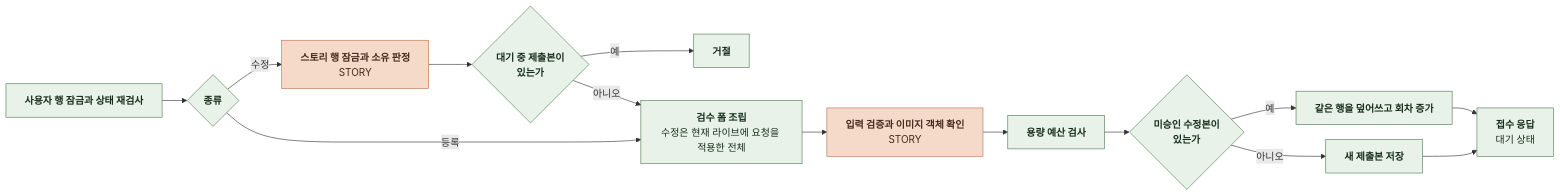
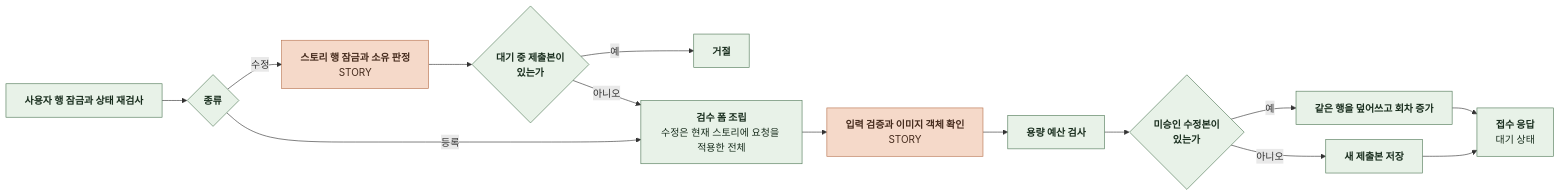
One commit to KIM-N-KANG/knk-harness changed the first of 9 diagrams in docs/domain/MODERATION/BACKEND/4-1-PIPELINES.md. Above: the diagram before and after it, drawn with Mermaid. The commit also changed other lines of this file and 10 other files, not shown here.

````diff
--- a/docs/domain/MODERATION/BACKEND/4-1-PIPELINES.md
+++ b/docs/domain/MODERATION/BACKEND/4-1-PIPELINES.md
@@ -25,27 +25,27 @@
 ```mermaid
 %%{init: {"flowchart": {"curve": "basis", "nodeSpacing": 24, "rankSpacing": 40}}}%%
 flowchart LR
     A["`**사용자 행 잠금과 상태 재검사**`"] --> B{"`**종류**`"}
     B -->|수정| C["`**스토리 행 잠금과 소유 판정**
 STORY`"]
     C --> D{"`**대기 중 제출본이
 있는가**`"}
     D -->|예| X["`**거절**`"]
     D -->|아니오| E["`**검수 폼 조립**
-수정은 현재 라이브에 요청을 적용한 전체`"]
+수정은 현재 스토리에 요청을 적용한 전체`"]
     B -->|등록| E
     E --> F["`**입력 검증과 이미지 객체 확인**
 STORY`"]
     F --> G["`**용량 예산 검사**`"]
     G --> H{"`**미승인 수정본이
 있는가**`"}
     H -->|예| I["`**같은 행을 덮어쓰고 회차 증가**`"]
     H -->|아니오| J["`**새 제출본 저장**`"]
     I --> K["`**접수 응답**
 대기 상태`"]
     J --> K
     classDef comp fill:#E8F2E8,stroke:#527A59,color:#182D1D
     classDef task fill:#F5D9C9,stroke:#B97450,color:#452B1D
     class A,B,D,E,G,H,I,J,K,X comp
     class C,F task
 ```
````
